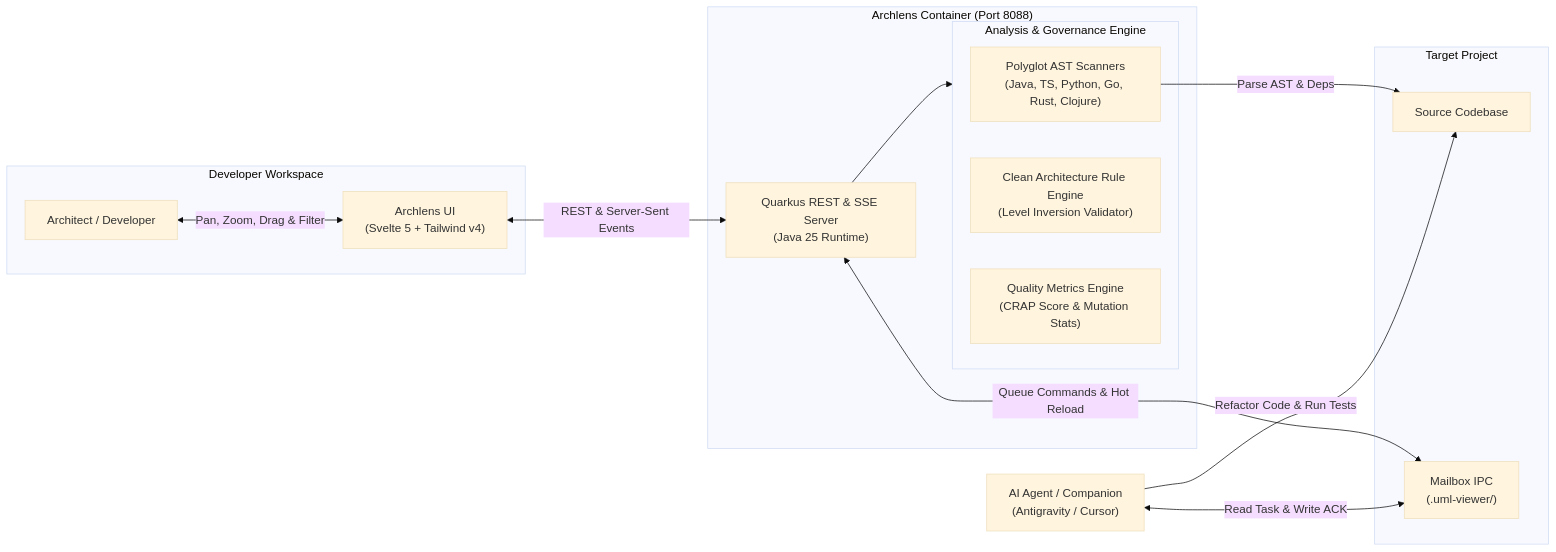
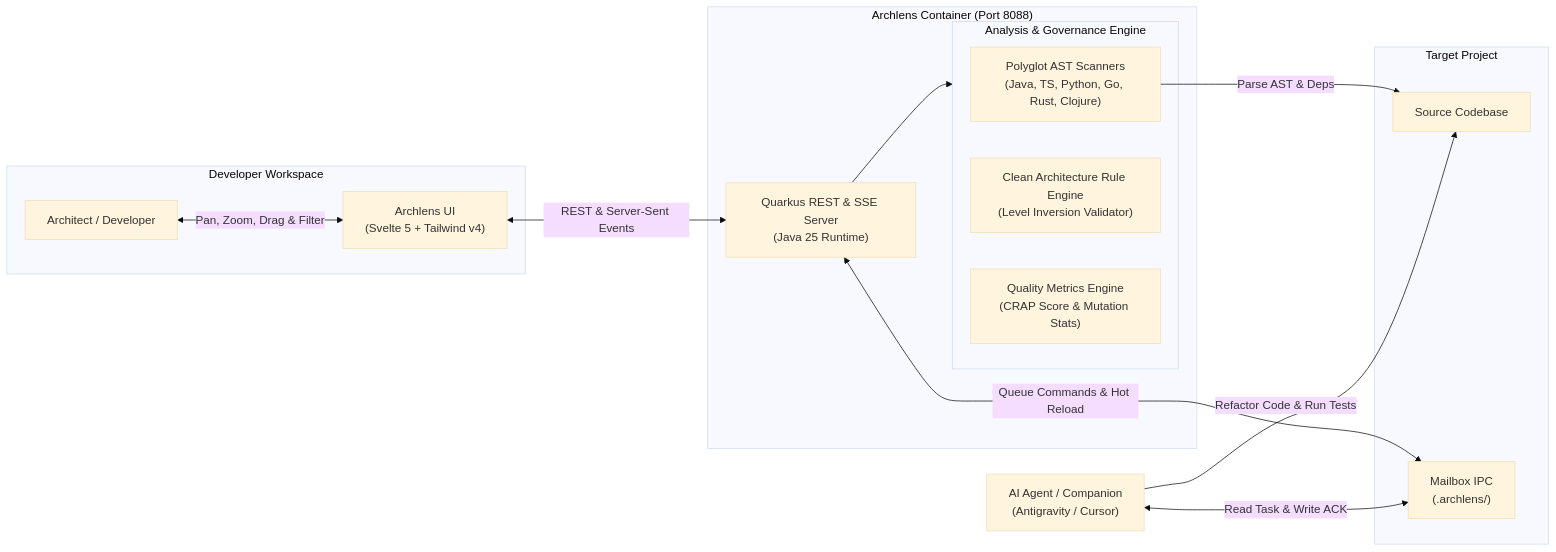
The diagram in README.md (fmatar/archlens), drawn with Mermaid (base theme) before and after one commit. The commit also changed other lines of this file and 28 other files, not shown here.

````diff
--- a/README.md
+++ b/README.md
@@ -47,32 +47,32 @@
 ```mermaid
 flowchart LR
     subgraph Client ["Developer Workspace"]
         User["Architect / Developer"]
         Browser["Archlens UI<br/>(Svelte 5 + Tailwind v4)"]
     end
 
     subgraph Runtime ["Archlens Container (Port 8088)"]
         Server["Quarkus REST & SSE Server<br/>(Java 25 Runtime)"]
         
         subgraph Core ["Analysis & Governance Engine"]
             Scanner["Polyglot AST Scanners<br/>(Java, TS, Python, Go, Rust, Clojure)"]
             Rules["Clean Architecture Rule Engine<br/>(Level Inversion Validator)"]
             Metrics["Quality Metrics Engine<br/>(CRAP Score & Mutation Stats)"]
         end
     end
 
     subgraph Storage ["Target Project"]
         Code["Source Codebase"]
-        Mailbox["Mailbox IPC<br/>(.uml-viewer/)"]
+        Mailbox["Mailbox IPC<br/>(.archlens/)"]
     end
 
     Agent["AI Agent / Companion<br/>(Antigravity / Cursor)"]
 
     User <-->|Pan, Zoom, Drag & Filter| Browser
     Browser <-->|REST & Server-Sent Events| Server
     Server --> Core
     Scanner -->|Parse AST & Deps| Code
     Server <-->|Queue Commands & Hot Reload| Mailbox
     Agent <-->|Read Task & Write ACK| Mailbox
     Agent -->|Refactor Code & Run Tests| Code
 ```
````
